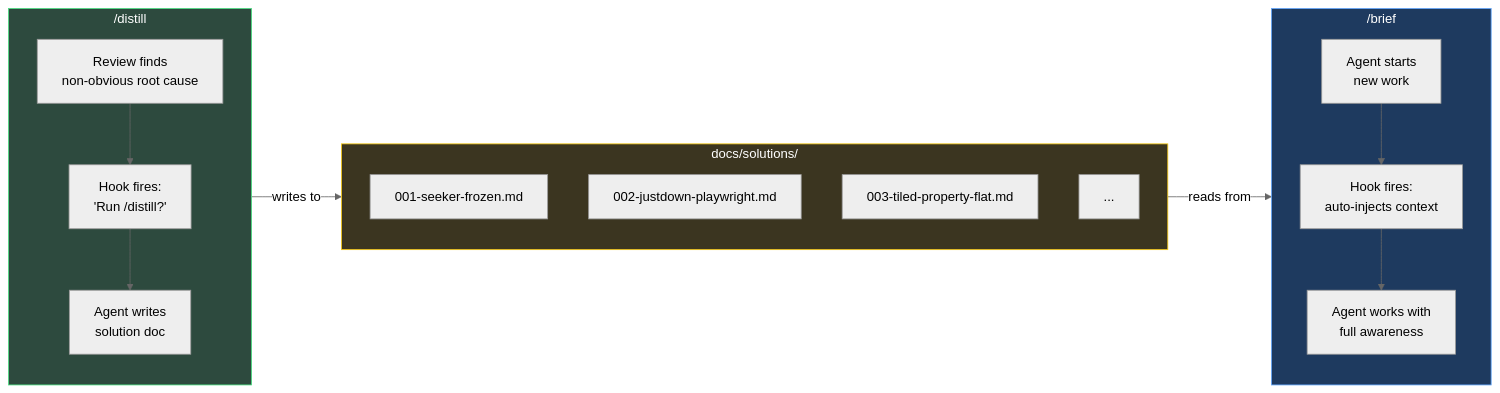
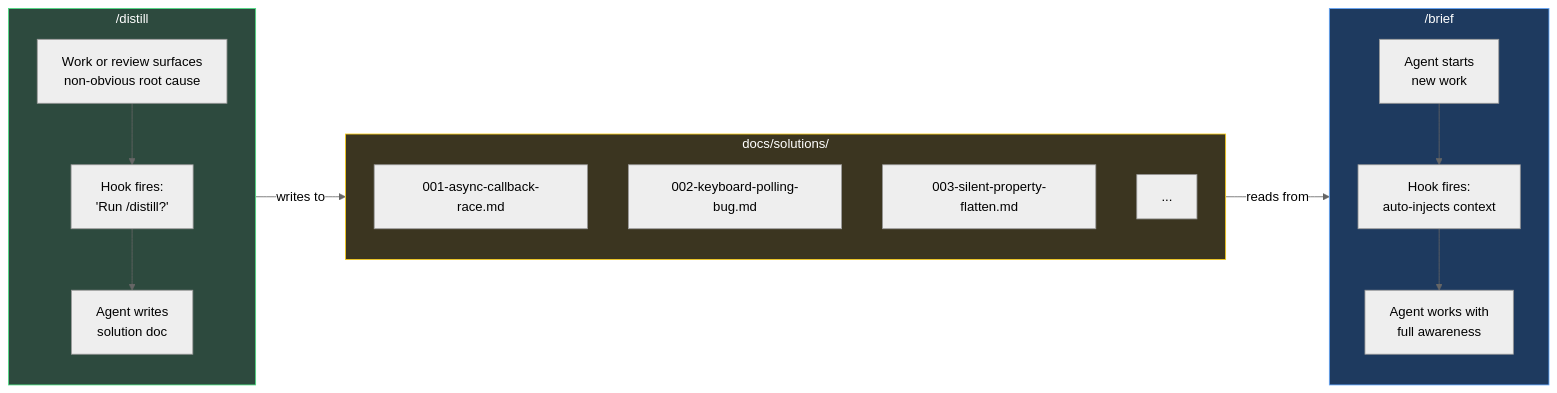
One commit to mbriggsy/ai-learning-journey changed the first of 3 diagrams in research/distill-and-brief/distill-and-brief.md. Above: the diagram before and after it, drawn with Mermaid (neutral theme). The commit also changed other lines of this file and 1 other file, not shown here.

First line of the commit message:
docs: showcase doc revisions + hook ce:work for distill

````diff
--- a/research/distill-and-brief/distill-and-brief.md
+++ b/research/distill-and-brief/distill-and-brief.md
@@ -31,33 +31,33 @@
 ```mermaid
 flowchart LR
     subgraph DISTILL ["  /distill  "]
         direction TB
-        D1["Review finds\nnon-obvious root cause"]
+        D1["Work or review surfaces\nnon-obvious root cause"]
         D2["Hook fires:\n'Run /distill?'"]
         D3["Agent writes\nsolution doc"]
         D1 --> D2 --> D3
     end
 
     subgraph KB ["  docs/solutions/  "]
         direction TB
-        S1["001-seeker-frozen.md"]
-        S2["002-justdown-playwright.md"]
-        S3["003-tiled-property-flat.md"]
+        S1["001-async-callback-race.md"]
+        S2["002-keyboard-polling-bug.md"]
+        S3["003-silent-property-flatten.md"]
         S4["..."]
     end
 
     subgraph BRIEF ["  /brief  "]
         direction TB
         B1["Agent starts\nnew work"]
         B2["Hook fires:\nauto-injects context"]
         B3["Agent works with\nfull awareness"]
         B1 --> B2 --> B3
     end
 
     DISTILL -->|"writes to"| KB
     KB -->|"reads from"| BRIEF
 
     style DISTILL fill:#2d4a3e,stroke:#4ade80,color:#fff
     style KB fill:#3b3520,stroke:#facc15,color:#fff
     style BRIEF fill:#1e3a5f,stroke:#60a5fa,color:#fff
 ```
````
